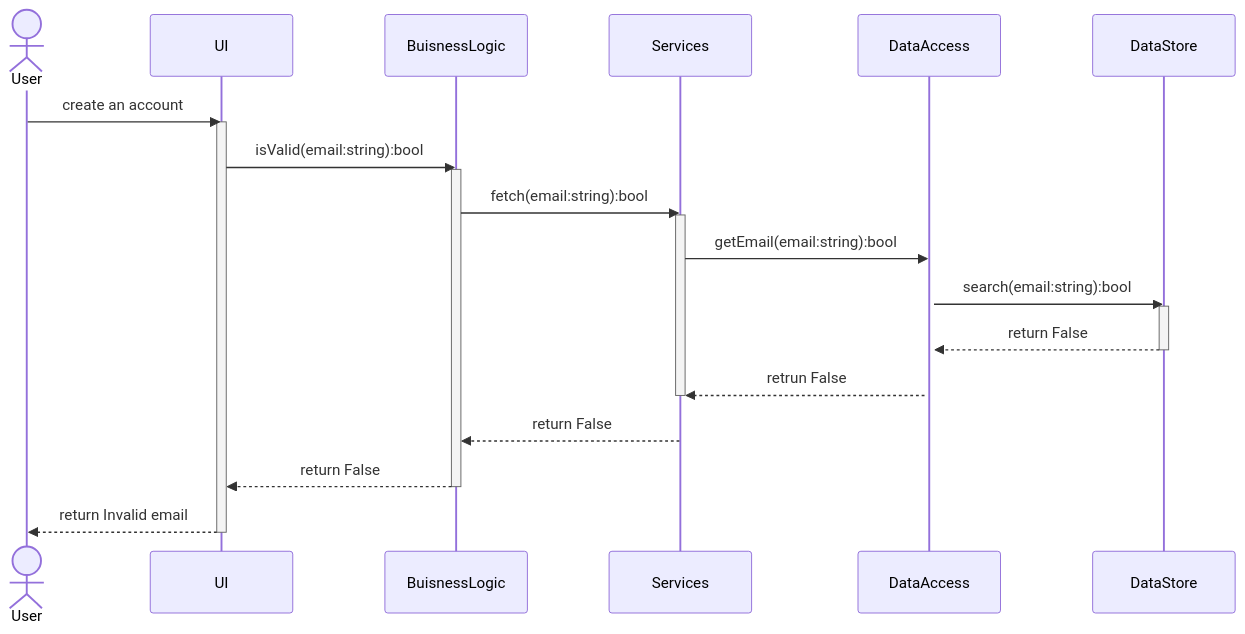
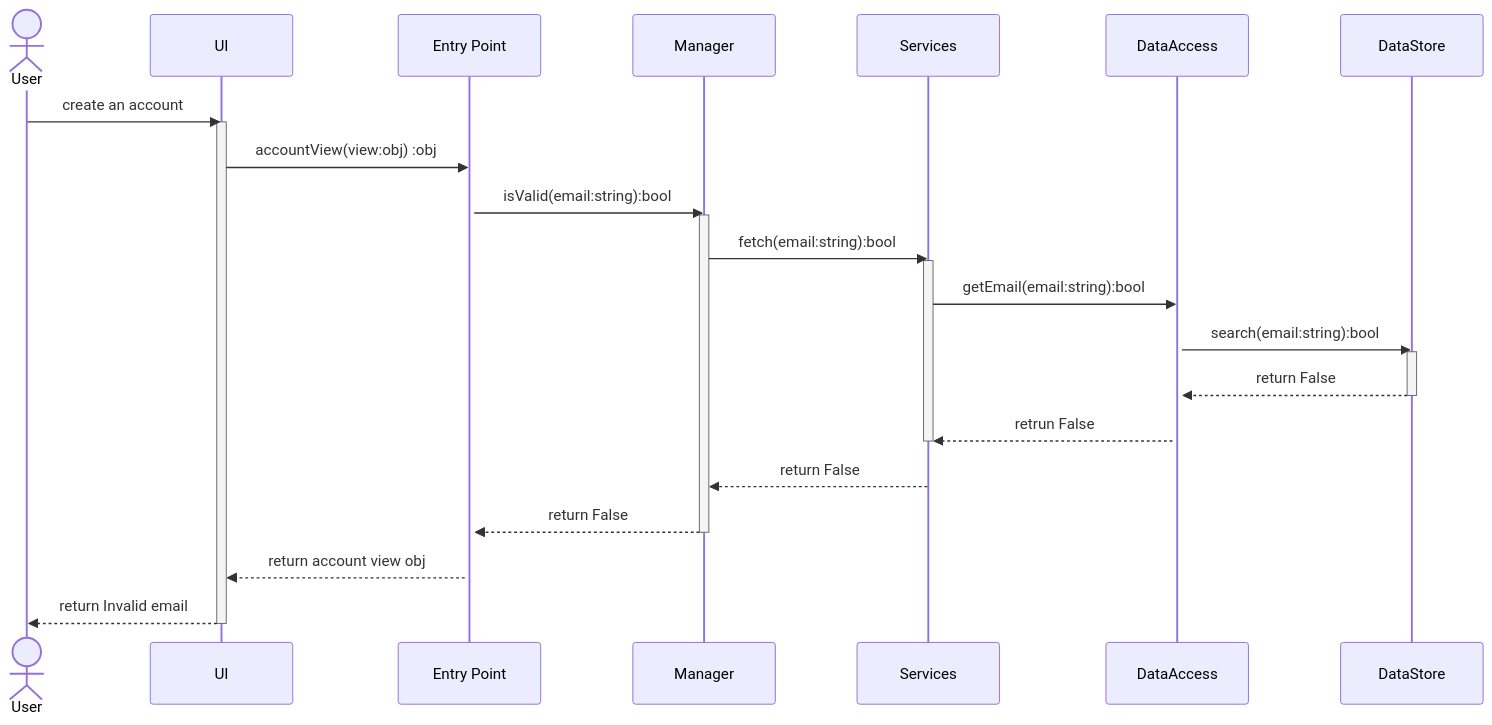
The diagram in milestone 2/low level design/registration/failures/v2/account/account_invalid_email.md (JosephArmas/cecs-491A-Team-Big-Data), drawn with Mermaid before and after one commit. The commit also changed 6 other files, not shown here.

Commit message:
added entry point to all diagrams

````diff
--- a/milestone 2/low level design/registration/failures/v2/account/account_invalid_email.md
+++ b/milestone 2/low level design/registration/failures/v2/account/account_invalid_email.md
@@ -2,23 +2,26 @@
 ```mermaid
 sequenceDiagram
     actor User
     User ->> UI: create an account
     activate UI
-    UI ->> BuisnessLogic: isValid(email:string):bool
-    activate BuisnessLogic
-    BuisnessLogic ->> Services: fetch(email:string):bool
+    UI ->> Entry Point: accountView(view:obj) :obj
+    activate Entry Point
+    Entry Point ->> Manager: isValid(email:string):bool
+    activate Manager
+    Manager ->> Services: fetch(email:string):bool
     activate Services
     Services ->> DataAccess: getEmail(email:string):bool
     activate DataAccess
     DataAccess ->> DataStore: search(email:string):bool
     activate DataStore
     DataStore -->> DataAccess: return False
     deactivate DataStore
     DataAccess -->> Services: retrun False
     deactivate Services
-    Services -->> BuisnessLogic: return False
-    BuisnessLogic -->> UI: return False
-    deactivate BuisnessLogic
+    Services -->> Manager: return False
+    Manager -->> Entry Point: return False
+    deactivate Manager
+    Entry Point -->> UI: return account view obj
     UI -->> User: return Invalid email
     deactivate UI
 ```
````
